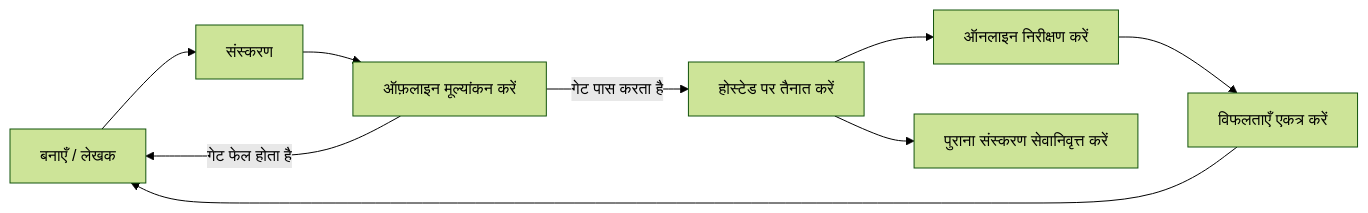
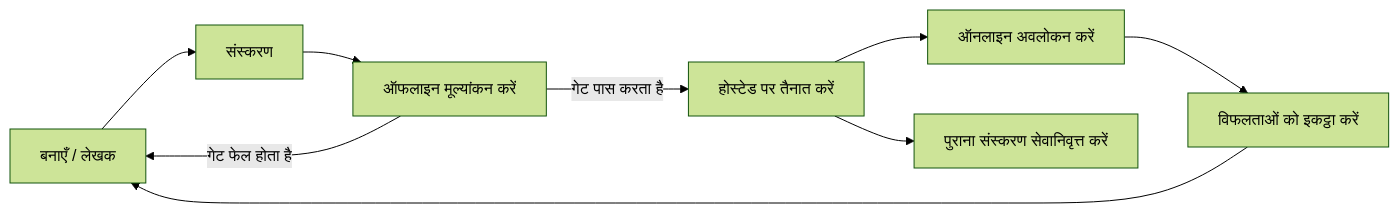
Before and after one commit to gabrielmoreira/agent-skills-mirror: the second of 4 diagrams in mirrors/repos/microsoft@ai-agents-for-beginners/translations/hi/16-deploying-scalable-agents/README.md, drawn with Mermaid (forest theme). The commit also changed other lines of this file and 4262 other files, not shown here.

````diff
--- a/mirrors/repos/microsoft@ai-agents-for-beginners/translations/hi/16-deploying-scalable-agents/README.md
+++ b/mirrors/repos/microsoft@ai-agents-for-beginners/translations/hi/16-deploying-scalable-agents/README.md
@@ -108,11 +108,11 @@
 ```mermaid
 flowchart LR
     Create[बनाएँ / लेखक] --> Version[संस्करण]
-    Version --> Evaluate[ऑफ़लाइन मूल्यांकन करें]
+    Version --> Evaluate[ऑफलाइन मूल्यांकन करें]
     Evaluate -->|गेट पास करता है| Deploy[होस्टेड पर तैनात करें]
     Evaluate -->|गेट फेल होता है| Create
-    Deploy --> Observe[ऑनलाइन निरीक्षण करें]
-    Observe --> Improve[विफलताएँ एकत्र करें]
+    Deploy --> Observe[ऑनलाइन अवलोकन करें]
+    Observe --> Improve[विफलताओं को इकट्ठा करें]
     Improve --> Create
     Deploy --> Retire[पुराना संस्करण सेवानिवृत्त करें]
 ```
````
